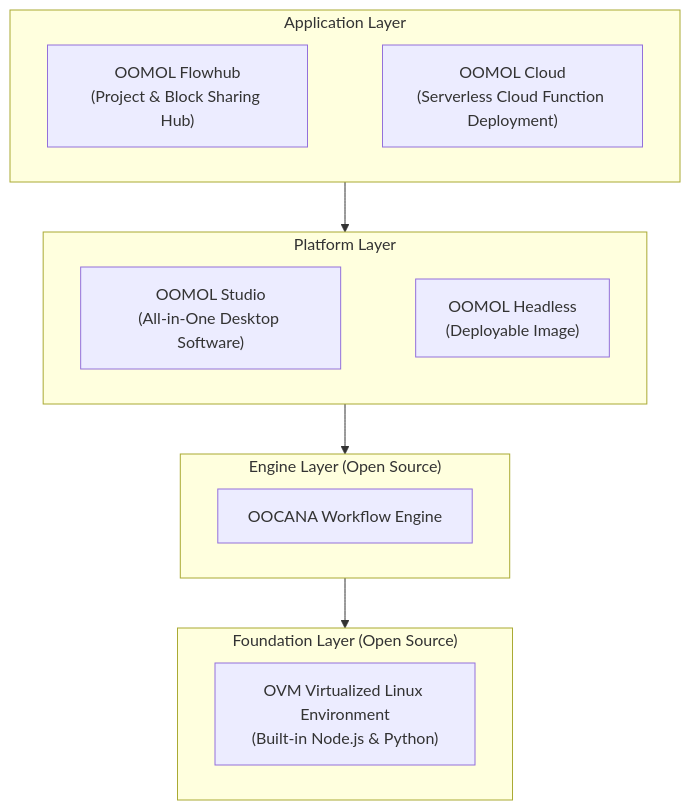
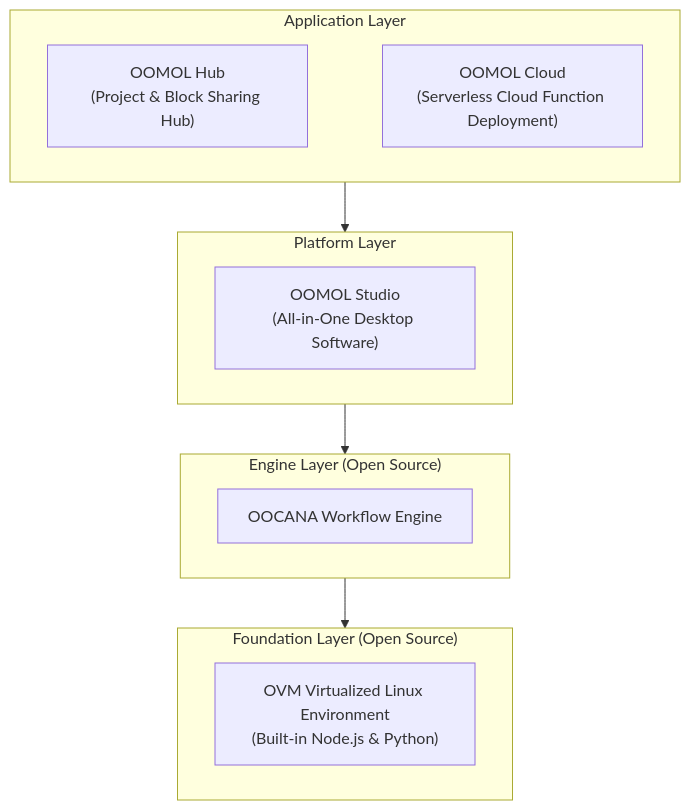
Before and after one commit to oomol/oomol.com: the diagram in docs/overview.mdx, drawn with Mermaid. The commit also changed other lines of this file and 21 other files, not shown here.

````diff
--- a/docs/overview.mdx
+++ b/docs/overview.mdx
@@ -38,22 +52,23 @@
 ```mermaid
-graph TB
+%%{init: { "flowchart": { "htmlLabels": false } }}%%
+flowchart TB
     subgraph Layer4["Application Layer"]
-        Hub["OOMOL Flowhub<br/>(Project & Block Sharing Hub)"] ~~~ Cloud["OOMOL Cloud<br/>(Serverless Cloud Function Deployment)"]
+        Hub["OOMOL Hub<br/>(Project & Block Sharing Hub)"] ~~~ Cloud["OOMOL Cloud<br/>(Serverless Cloud Function Deployment)"]
     end
 
     subgraph Layer3["Platform Layer"]
-        Studio["OOMOL Studio<br/>(All-in-One Desktop Software)"] ~~~ Headless["OOMOL Headless<br/>(Deployable Image)"]
+        Studio["OOMOL Studio<br/>(All-in-One Desktop Software)"]
     end
 
     subgraph Layer2["Engine Layer (Open Source)"]
         Oocana["OOCANA Workflow Engine"]
     end
 
     subgraph Layer1["Foundation Layer (Open Source)"]
         OVM["OVM Virtualized Linux Environment<br/>(Built-in Node.js & Python)"]
     end
 
     Layer4 --> Layer3
     Layer3 --> Layer2
     Layer2 --> Layer1
 ```
````
